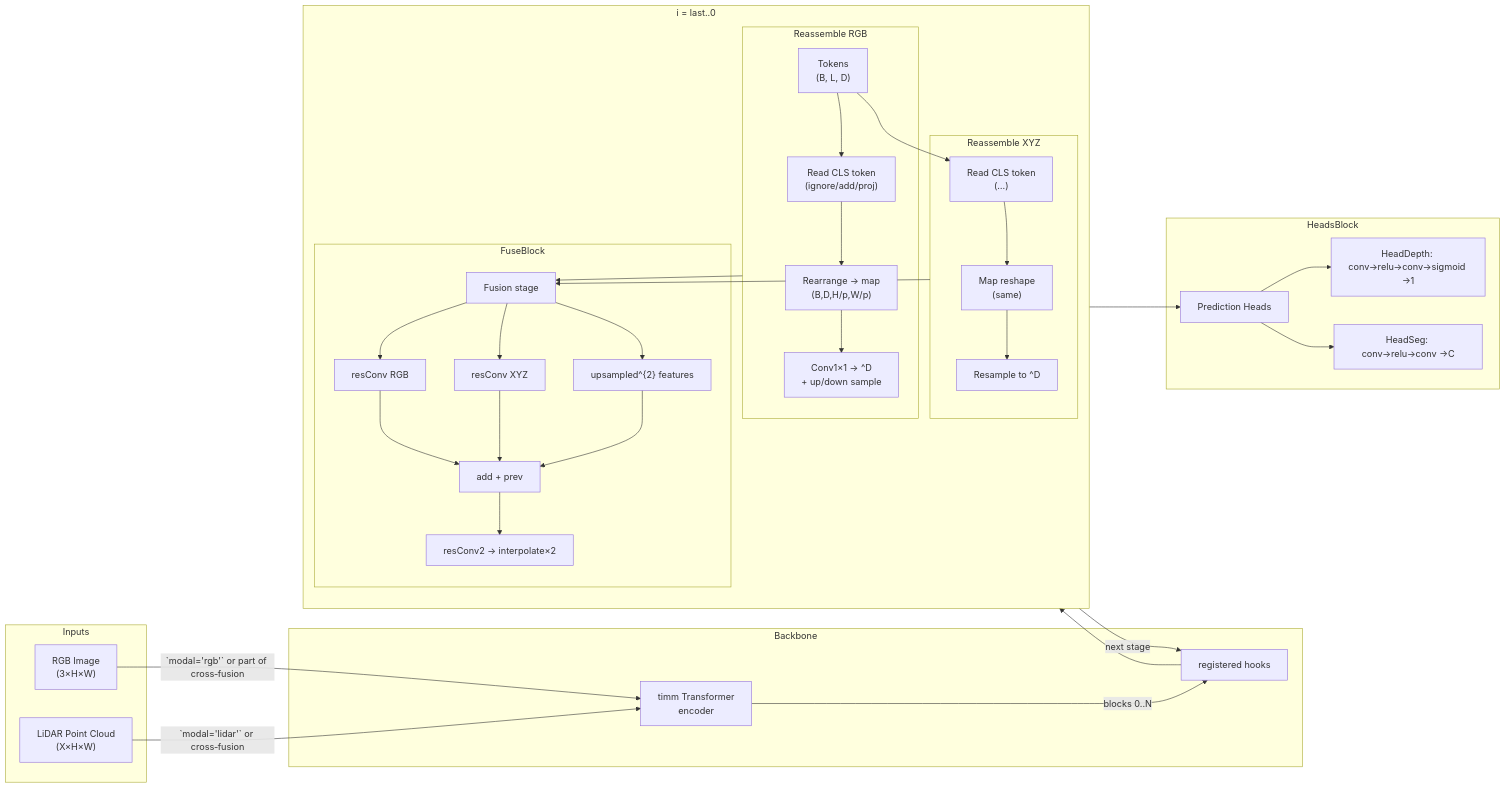
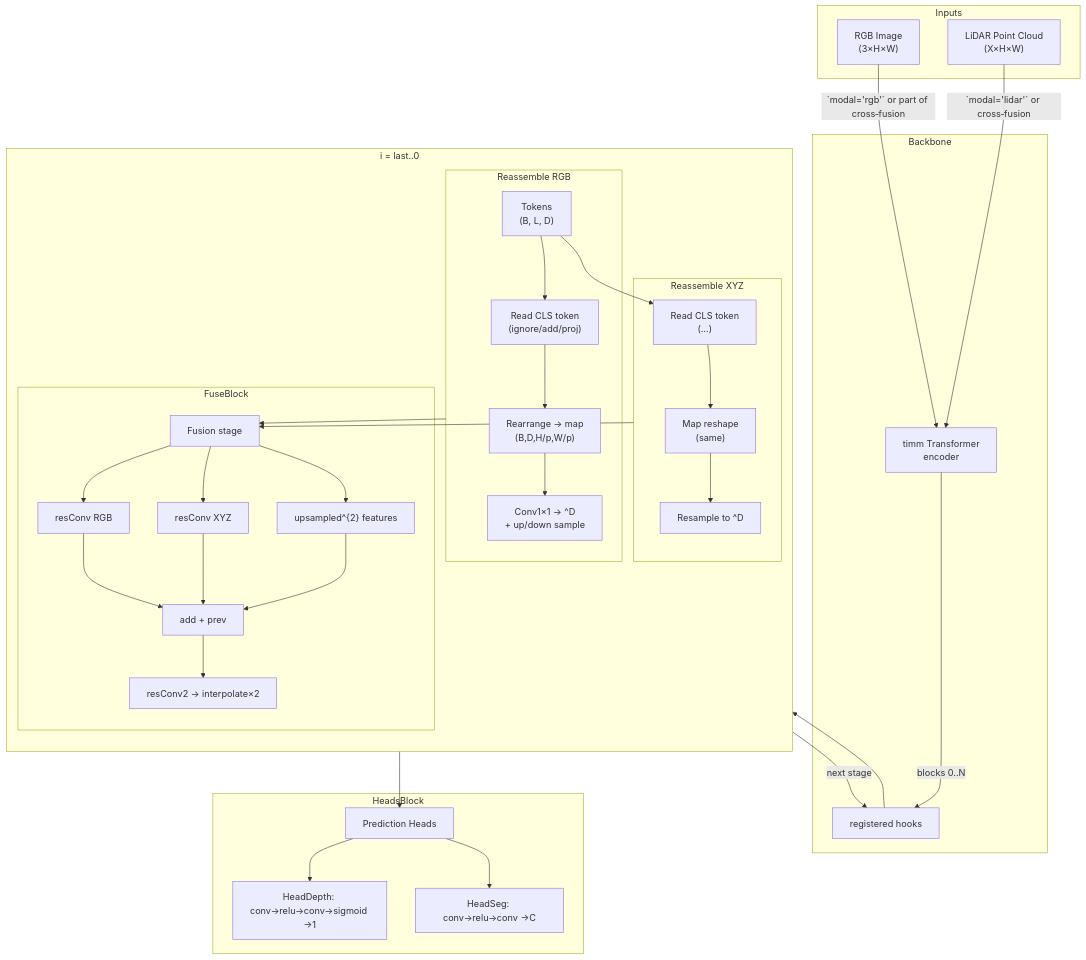
The diagram in architecture/CLFT.md (av-research/fusion-training), drawn with Mermaid before and after one commit. The commit also changed 1 other file, not shown here.

Commit message:
feat: improve diagram readability

````diff
--- a/architecture/CLFT.md
+++ b/architecture/CLFT.md
@@ -5,51 +5,51 @@
 ```mermaid
-flowchart LR
+flowchart TB
     %% Inputs
     subgraph Inputs
         RGB["RGB Image<br/>(3×H×W)"]
         LIDAR["LiDAR Point Cloud<br/>(X×H×W)"]
     end
 
     %% Backbone & hooks
     subgraph Backbone
         Transformer[timm Transformer<br/>encoder]
         Transformer -->|blocks 0..N| Hooks[registered hooks]
     end
     RGB -->|`modal='rgb'` or part of cross‑fusion| Transformer
     LIDAR -->|`modal='lidar'` or cross‑fusion| Transformer
 
     %% Stage loop (reverse order)
     subgraph Stage[i = last..0]
         direction TB
         Hooks --> Act["Tokens<br/>(B, L, D)"]
         
         subgraph ReRGB["Reassemble RGB"]
             Act --> ReadRGB["Read CLS token<br/>(ignore/add/proj)"]
             ReadRGB --> ConcatRGB["Rearrange → map<br/>(B,D,H/p,W/p)"]
             ConcatRGB --> ResampleRGB["Conv1×1 → ^D<br/>+ up/down sample"]
         end
         
         subgraph ReXYZ["Reassemble XYZ"]
             Act --> ReadXYZ["Read CLS token<br/>(…)" ]
             ReadXYZ --> ConcatXYZ["Map reshape<br/>(same)" ]
             ConcatXYZ --> ResampleXYZ["Resample to ^D"]
         end
 
         ReRGB & ReXYZ --> FuseNode["Fusion stage"]
         subgraph FuseBlock
             FuseNode --> ResConvRGB["resConv RGB"]
             FuseNode --> ResConvXYZ["resConv XYZ"]
             ResConvRGB & ResConvXYZ & Prev --> Sum["add + prev"]
             Sum --> ResConv2["resConv2 → interpolate×2"]
         end
         FuseNode --> Prev["upsampled^{2} features"]
         Prev -->|next stage| Hooks
     end
 
     %% Heads
     Prev --> HeadsNode["Prediction Heads"]
     subgraph HeadsBlock
         HeadsNode --> Depth["HeadDepth: conv→relu→conv→sigmoid →1"]
         HeadsNode --> Seg["HeadSeg: conv→relu→conv →C"]
     end
 ```
````
